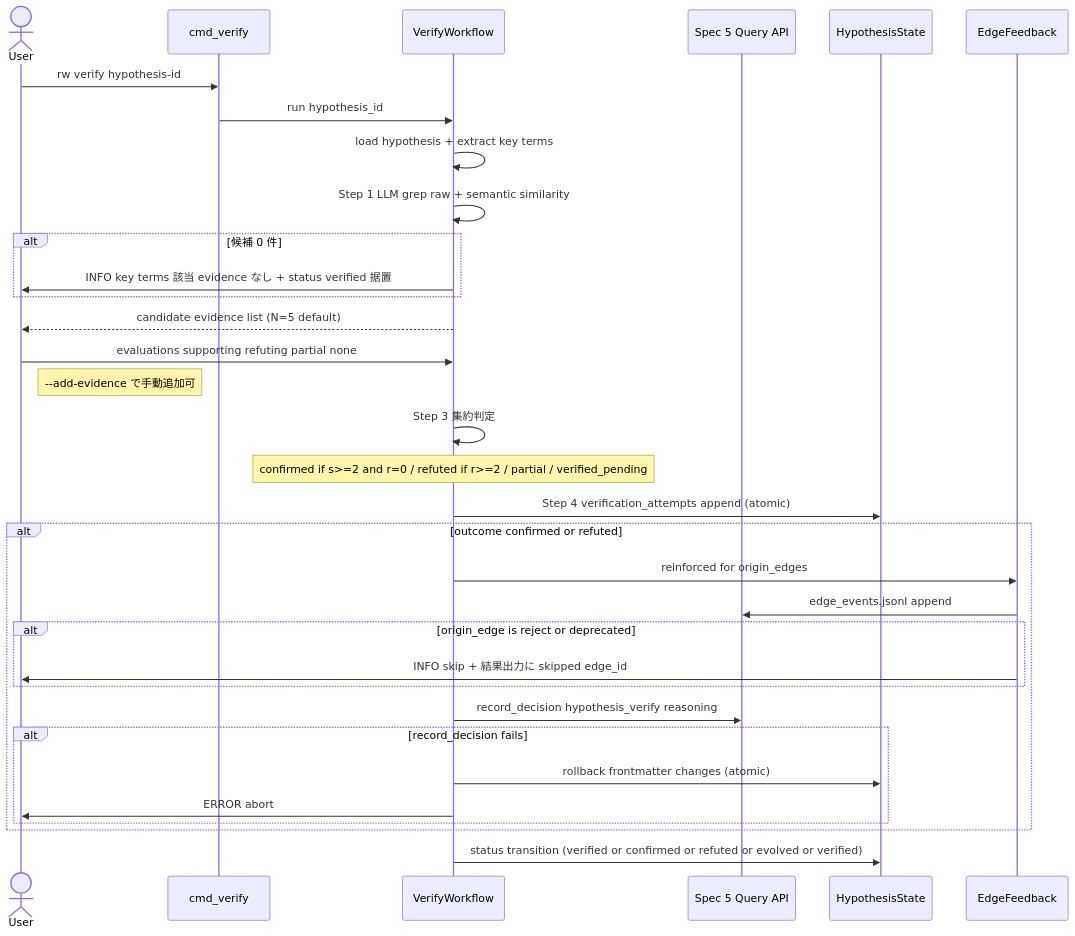
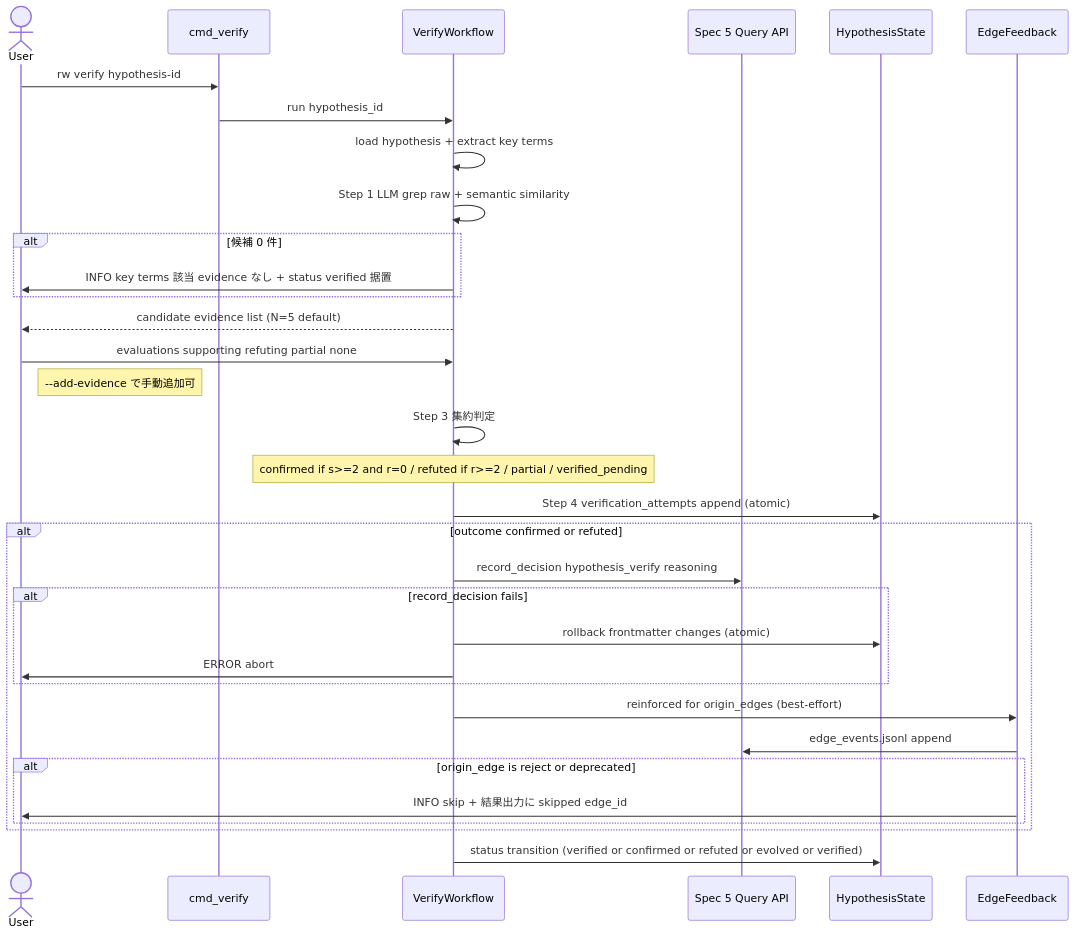
The third of 4 diagrams in .kiro/specs/rwiki-v2-perspective-generation/design.md (kenoogl/Rwiki-dev), drawn with Mermaid before and after one commit. The commit also changed other lines of this file, not shown here.

Commit message:
fix(spec-6): A-2 phase Round 9 修正 10 件 = test 戦略 (Flow 2 Mermaid 順序整合 + slug sanitization test + path traversal defense test + Spec 7 Generator contract test + Performance Strategy 境界条件 + Maintenance UX 5 sub-test + TDD 規律 + Test Environment + rollback active assert + Coverage Target)

````diff
--- a/.kiro/specs/rwiki-v2-perspective-generation/design.md
+++ b/.kiro/specs/rwiki-v2-perspective-generation/design.md
@@ -317,36 +317,36 @@
 ```mermaid
 sequenceDiagram
     actor User
     participant Cmd as cmd_verify
     participant Workflow as VerifyWorkflow
     participant Spec5 as Spec 5 Query API
     participant State as HypothesisState
     participant EdgeFB as EdgeFeedback
 
     User->>Cmd: rw verify hypothesis-id
     Cmd->>Workflow: run hypothesis_id
     Workflow->>Workflow: load hypothesis + extract key terms
     Workflow->>Workflow: Step 1 LLM grep raw + semantic similarity
     alt 候補 0 件
         Workflow->>User: INFO key terms 該当 evidence なし + status verified 据置
     end
     Workflow-->>User: candidate evidence list (N=5 default)
     User->>Workflow: evaluations supporting refuting partial none
     note right of User: --add-evidence で手動追加可
     Workflow->>Workflow: Step 3 集約判定
     note over Workflow: confirmed if s>=2 and r=0 / refuted if r>=2 / partial / verified_pending
     Workflow->>State: Step 4 verification_attempts append (atomic)
     alt outcome confirmed or refuted
-        Workflow->>EdgeFB: reinforced for origin_edges
-        EdgeFB->>Spec5: edge_events.jsonl append
-        alt origin_edge is reject or deprecated
-            EdgeFB->>User: INFO skip + 結果出力に skipped edge_id
-        end
         Workflow->>Spec5: record_decision hypothesis_verify reasoning
         alt record_decision fails
             Workflow->>State: rollback frontmatter changes (atomic)
             Workflow->>User: ERROR abort
         end
+        Workflow->>EdgeFB: reinforced for origin_edges (best-effort)
+        EdgeFB->>Spec5: edge_events.jsonl append
+        alt origin_edge is reject or deprecated
+            EdgeFB->>User: INFO skip + 結果出力に skipped edge_id
+        end
     end
     Workflow->>State: status transition (verified or confirmed or refuted or evolved or verified)
 ```
````
